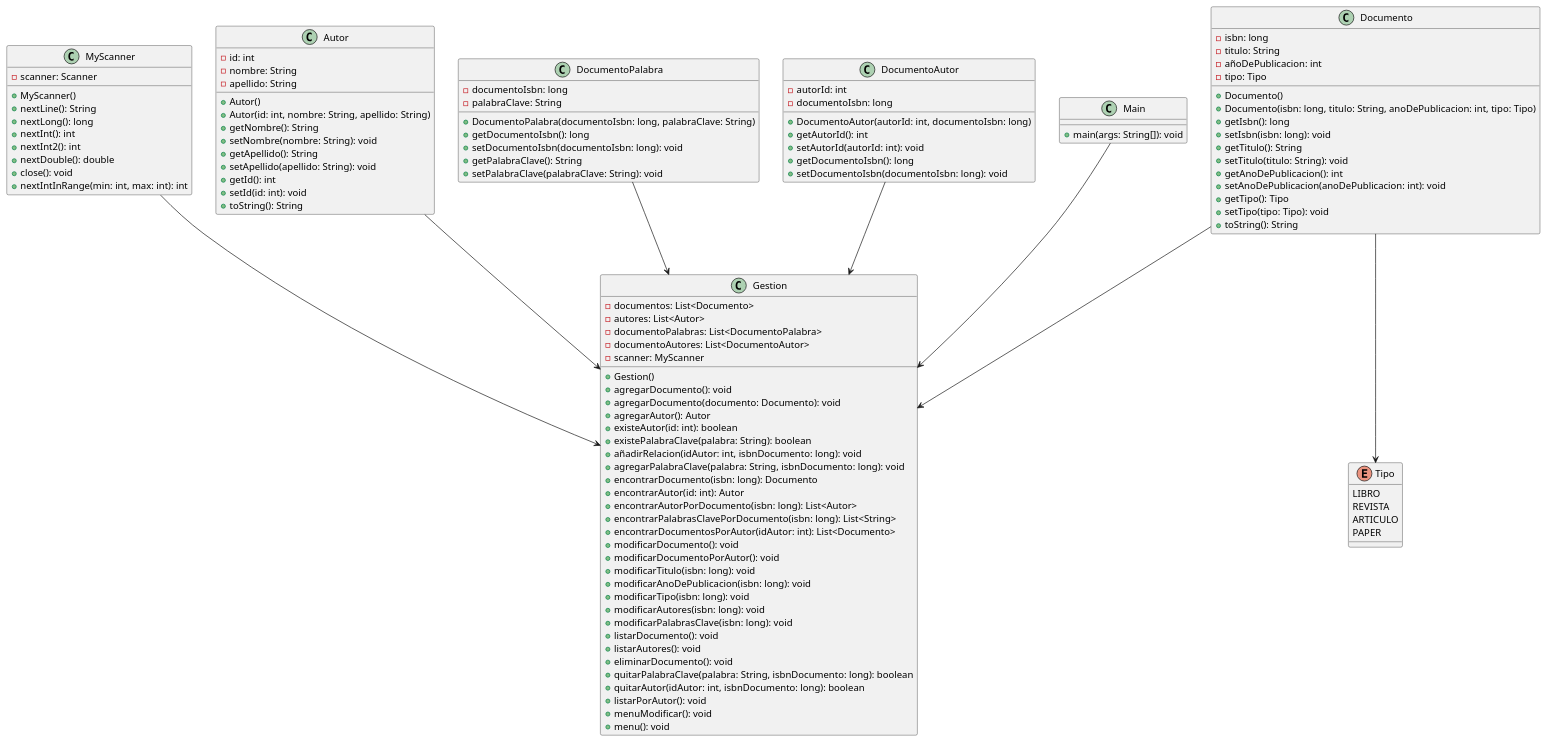
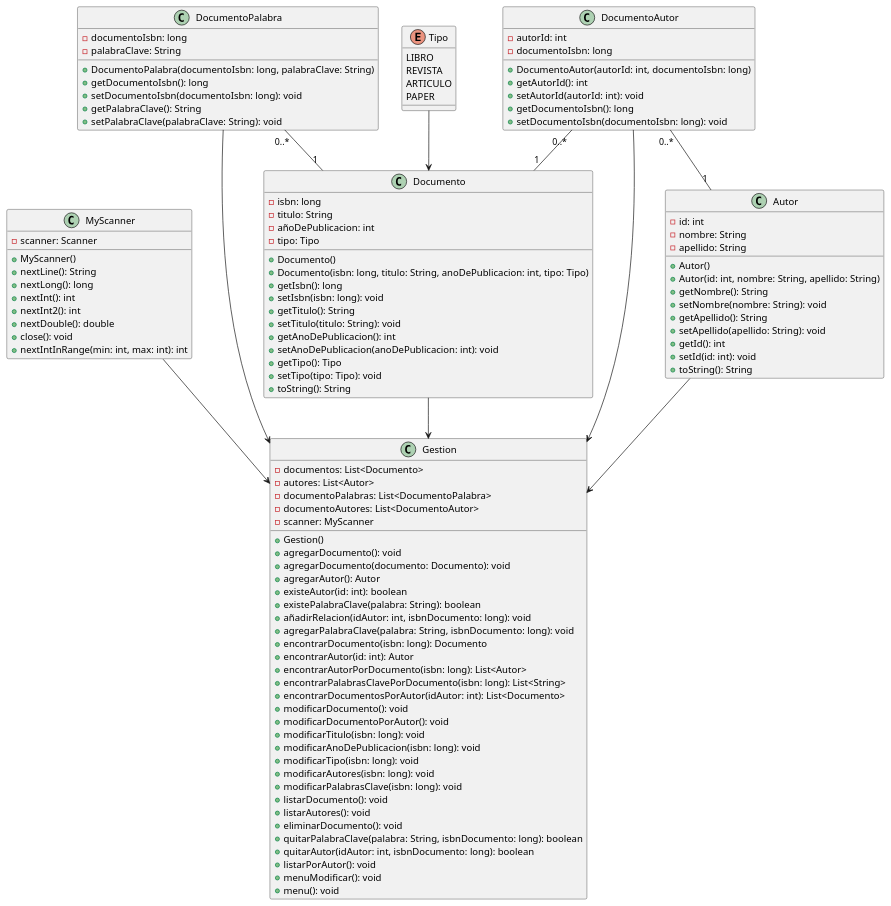
The diagram in entregas/Diagrama.puml (mmasias/23-24-eda2-ep), drawn with PlantUML before and after one commit.

Commit message:
Diagrama actualizado

```diff
--- a/entregas/Diagrama.puml
+++ b/entregas/Diagrama.puml
@@ -1,122 +1,122 @@
 @startuml
 
 class MyScanner {
     - scanner: Scanner
     + MyScanner()
     + nextLine(): String
     + nextLong(): long
     + nextInt(): int
     + nextInt2(): int
     + nextDouble(): double
     + close(): void
     + nextIntInRange(min: int, max: int): int
 }
 
 enum Tipo {
     LIBRO
     REVISTA
     ARTICULO
     PAPER
 }
 
 class Documento {
     - isbn: long
     - titulo: String
     - añoDePublicacion: int
     - tipo: Tipo
     + Documento()
     + Documento(isbn: long, titulo: String, anoDePublicacion: int, tipo: Tipo)
     + getIsbn(): long
     + setIsbn(isbn: long): void
     + getTitulo(): String
     + setTitulo(titulo: String): void
     + getAnoDePublicacion(): int
     + setAnoDePublicacion(anoDePublicacion: int): void
     + getTipo(): Tipo
     + setTipo(tipo: Tipo): void
     + toString(): String
 }
 
 class Autor {
     - id: int
     - nombre: String
     - apellido: String
     + Autor()
     + Autor(id: int, nombre: String, apellido: String)
     + getNombre(): String
     + setNombre(nombre: String): void
     + getApellido(): String
     + setApellido(apellido: String): void
     + getId(): int
     + setId(id: int): void
     + toString(): String
 }
 
 class DocumentoPalabra {
     - documentoIsbn: long
     - palabraClave: String
     + DocumentoPalabra(documentoIsbn: long, palabraClave: String)
     + getDocumentoIsbn(): long
     + setDocumentoIsbn(documentoIsbn: long): void
     + getPalabraClave(): String
     + setPalabraClave(palabraClave: String): void
 }
 
 class DocumentoAutor {
     - autorId: int
     - documentoIsbn: long
     + DocumentoAutor(autorId: int, documentoIsbn: long)
     + getAutorId(): int
     + setAutorId(autorId: int): void
     + getDocumentoIsbn(): long
     + setDocumentoIsbn(documentoIsbn: long): void
 }
 
 class Gestion {
     - documentos: List<Documento>
     - autores: List<Autor>
     - documentoPalabras: List<DocumentoPalabra>
     - documentoAutores: List<DocumentoAutor>
     - scanner: MyScanner
     + Gestion()
     + agregarDocumento(): void
     + agregarDocumento(documento: Documento): void
     + agregarAutor(): Autor
     + existeAutor(id: int): boolean
     + existePalabraClave(palabra: String): boolean
     + añadirRelacion(idAutor: int, isbnDocumento: long): void
     + agregarPalabraClave(palabra: String, isbnDocumento: long): void
     + encontrarDocumento(isbn: long): Documento
     + encontrarAutor(id: int): Autor
     + encontrarAutorPorDocumento(isbn: long): List<Autor>
     + encontrarPalabrasClavePorDocumento(isbn: long): List<String>
     + encontrarDocumentosPorAutor(idAutor: int): List<Documento>
     + modificarDocumento(): void
     + modificarDocumentoPorAutor(): void
     + modificarTitulo(isbn: long): void
     + modificarAnoDePublicacion(isbn: long): void
     + modificarTipo(isbn: long): void
     + modificarAutores(isbn: long): void
     + modificarPalabrasClave(isbn: long): void
     + listarDocumento(): void
     + listarAutores(): void
     + eliminarDocumento(): void
     + quitarPalabraClave(palabra: String, isbnDocumento: long): boolean
     + quitarAutor(idAutor: int, isbnDocumento: long): boolean
     + listarPorAutor(): void
     + menuModificar(): void
     + menu(): void
 }
 
-class Main {
-    + main(args: String[]): void
-}
-
-MyScanner --> Gestion
-Documento --> Tipo
-Documento --> Gestion
+Tipo --> Documento
 Autor --> Gestion
 DocumentoPalabra --> Gestion
 DocumentoAutor --> Gestion
-Main --> Gestion
+Documento --> Gestion
+DocumentoAutor "0..*" -- "1" Autor
+DocumentoAutor "0..*" -- "1" Documento
+DocumentoPalabra "0..*" -- "1" Documento
+MyScanner --> Gestion
+
+
 @enduml
```
